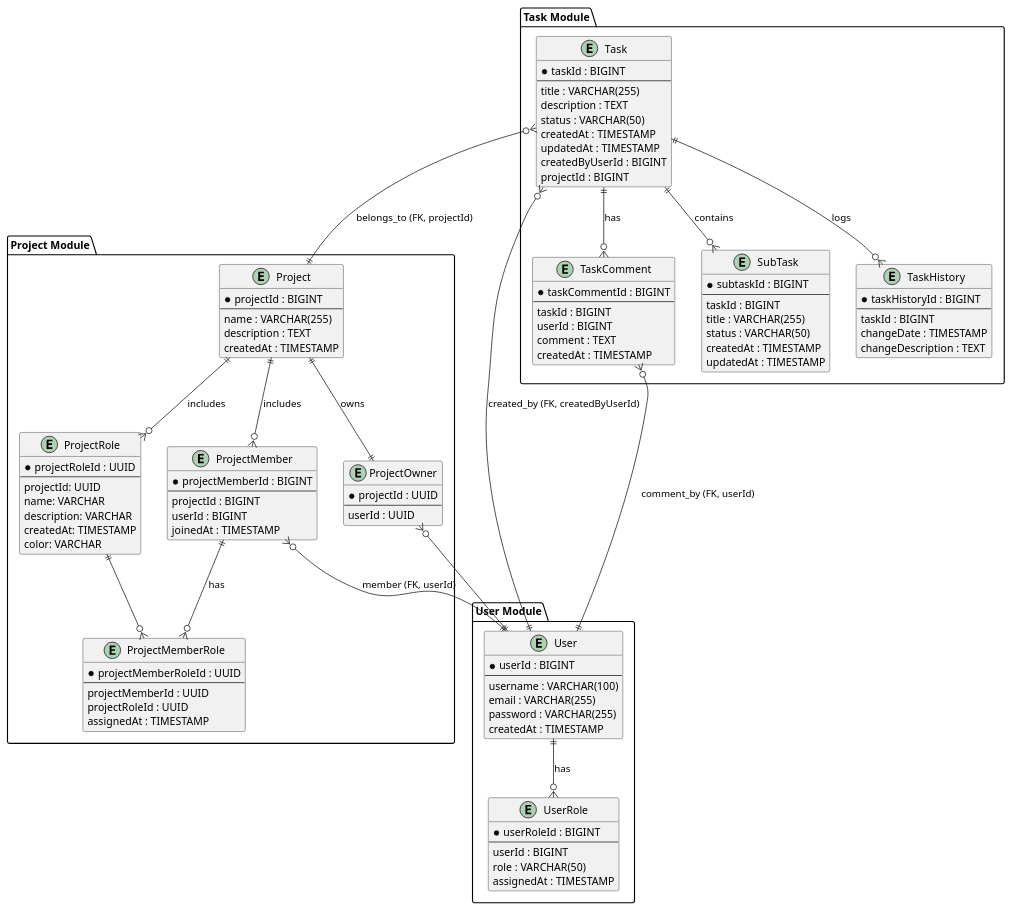
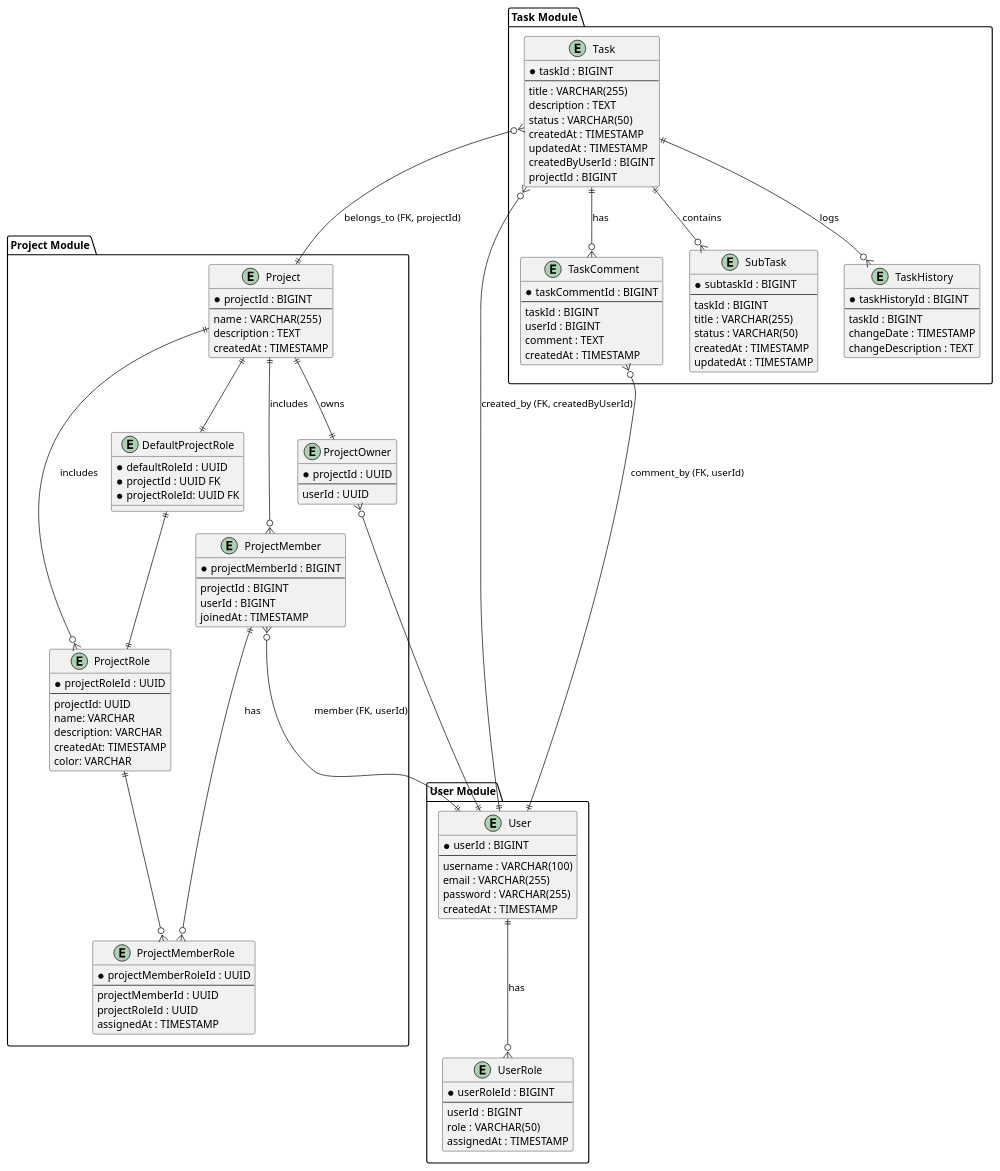
Before and after one commit to unmei211/via.easyflow-backend: the diagram in uml/db/database.puml, drawn with PlantUML. The commit also changed 56 other files, not shown here.

```diff
--- a/uml/db/database.puml
+++ b/uml/db/database.puml
@@ -1,140 +1,150 @@
 @startuml
 ' ===== Task Module =====
 package "Task Module" {
   entity "Task" {
     * taskId : BIGINT
     --
     title : VARCHAR(255)
     description : TEXT
     status : VARCHAR(50)
     createdAt : TIMESTAMP
     updatedAt : TIMESTAMP
     createdByUserId : BIGINT
     projectId : BIGINT
   }
 
   entity "SubTask" {
     * subtaskId : BIGINT
     --
     taskId : BIGINT
     title : VARCHAR(255)
     status : VARCHAR(50)
     createdAt : TIMESTAMP
     updatedAt : TIMESTAMP
   }
 
   entity "TaskHistory" {
     * taskHistoryId : BIGINT
     --
     taskId : BIGINT
     changeDate : TIMESTAMP
     changeDescription : TEXT
   }
 
   entity "TaskComment" {
     * taskCommentId : BIGINT
     --
     taskId : BIGINT
     userId : BIGINT
     comment : TEXT
     createdAt : TIMESTAMP
   }
 
   ' Внутренние связи в модуле задач
   Task ||--o{ SubTask : contains
   Task ||--o{ TaskHistory : logs
   Task ||--o{ TaskComment : has
 }
 
 ' ===== User Module =====
 package "User Module" {
   entity "User" {
     * userId : BIGINT
     --
     username : VARCHAR(100)
     email : VARCHAR(255)
     password : VARCHAR(255)
     createdAt : TIMESTAMP
   }
 
   entity "UserRole" {
     * userRoleId : BIGINT
     --
     userId : BIGINT
     role : VARCHAR(50)
     assignedAt : TIMESTAMP
   }
 
   ' Связь: пользователь может иметь несколько ролей
   User ||--o{ UserRole : has
 }
 
 ' ===== Project Module =====
 package "Project Module" {
   entity "Project" {
     * projectId : BIGINT
     --
     name : VARCHAR(255)
     description : TEXT
     createdAt : TIMESTAMP
   }
 
   ' Участник проекта без информации о ролях
   entity "ProjectMember" {
     * projectMemberId : BIGINT
     --
     projectId : BIGINT
     userId : BIGINT
     joinedAt : TIMESTAMP
   }
 
   ' Таблица ролей участника проекта, позволяющая одному участнику иметь несколько ролей
   entity "ProjectMemberRole" {
     * projectMemberRoleId : UUID
     --
     projectMemberId : UUID
     projectRoleId : UUID
     assignedAt : TIMESTAMP
   }
 
   entity "ProjectRole" {
     * projectRoleId : UUID
     --
     projectId: UUID
     name: VARCHAR
     description: VARCHAR
     createdAt: TIMESTAMP
     color: VARCHAR
   }
 
   entity ProjectOwner {
     * projectId : UUID
     --
     userId : UUID
   }
 
+  entity DefaultProjectRole {
+    * defaultRoleId : UUID
+    * projectId : UUID FK
+    * projectRoleId: UUID FK
+  }
+
+  Project ||--|| DefaultProjectRole
+
+  DefaultProjectRole ||--|| ProjectRole
+
   Project ||--|| ProjectOwner : owns
 
   ProjectRole ||--o{ ProjectMemberRole
 
   Project ||--o{ ProjectRole : includes
 
   ' Связь: проект включает множество участников
   Project ||--o{ ProjectMember : includes
 
   ' Связь: участник проекта может иметь несколько ролей
   ProjectMember ||--o{ ProjectMemberRole : has
 }
 
 ' ===== Cross-module связи =====
 ' Задача ссылается на пользователя, который её создал, и на проект, в рамках которого она создана
 Task }o--|| User : "created_by (FK, createdByUserId)"
 Task }o--|| Project : "belongs_to (FK, projectId)"
 
 ' Комментарии к задаче оставляет пользователь
 TaskComment }o--|| User : "comment_by (FK, userId)"
 
 ' Члены проекта – это пользователи
 ProjectMember }o--|| User : "member (FK, userId)"
 ProjectOwner }o--|| User
 @enduml
```
